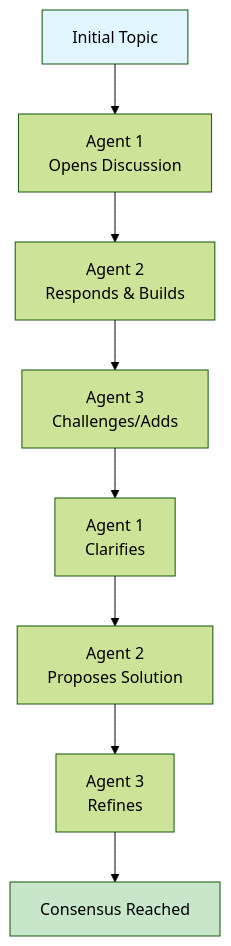
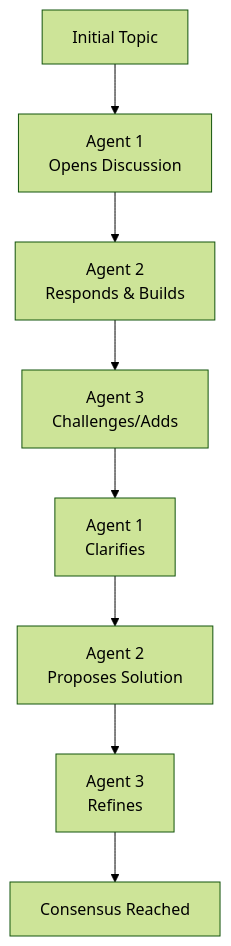
One commit to kyegomez/swarms changed the sixth of 12 diagrams in docs/swarms/concept/how_to_choose_swarms.md. Above: the diagram before and after it, drawn with Mermaid (forest theme). The commit also changed other lines of this file, not shown here.

````diff
--- a/docs/swarms/concept/how_to_choose_swarms.md
+++ b/docs/swarms/concept/how_to_choose_swarms.md
@@ -491,19 +481,17 @@
 ```mermaid
 graph TD
     A[Initial Topic] --> B[Agent 1<br/>Opens Discussion]
 
     B --> C[Agent 2<br/>Responds & Builds]
 
     C --> D[Agent 3<br/>Challenges/Adds]
 
     D --> E[Agent 1<br/>Clarifies]
 
     E --> F[Agent 2<br/>Proposes Solution]
 
     F --> G[Agent 3<br/>Refines]
 
     G --> H[Consensus Reached]
 
-    style A fill:#e1f5fe
-    style H fill:#c8e6c9
 ```
````
